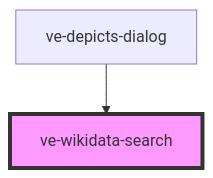
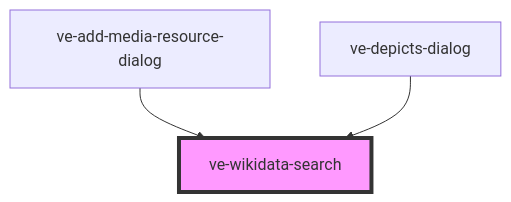
Before and after one commit to visual-essays/web-components: the diagram in src/components/ve-wikidata-search/readme.md, drawn with Mermaid. The commit also changed other lines of this file and 24 other files, not shown here.

````diff
--- a/src/components/ve-wikidata-search/readme.md
+++ b/src/components/ve-wikidata-search/readme.md
@@ -29,5 +30,6 @@
 ```mermaid
 graph TD;
+  ve-add-media-resource-dialog --> ve-wikidata-search
   ve-depicts-dialog --> ve-wikidata-search
   style ve-wikidata-search fill:#f9f,stroke:#333,stroke-width:4px
 ```
````
